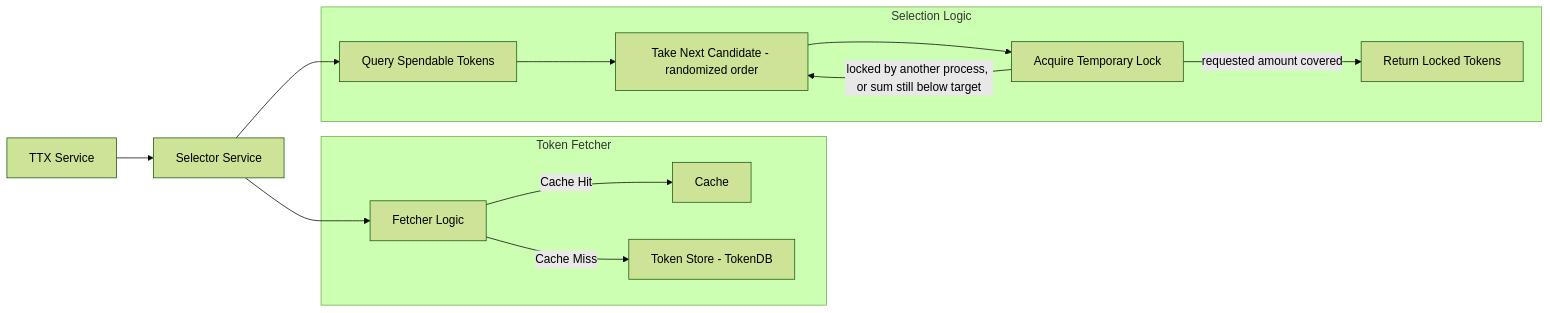
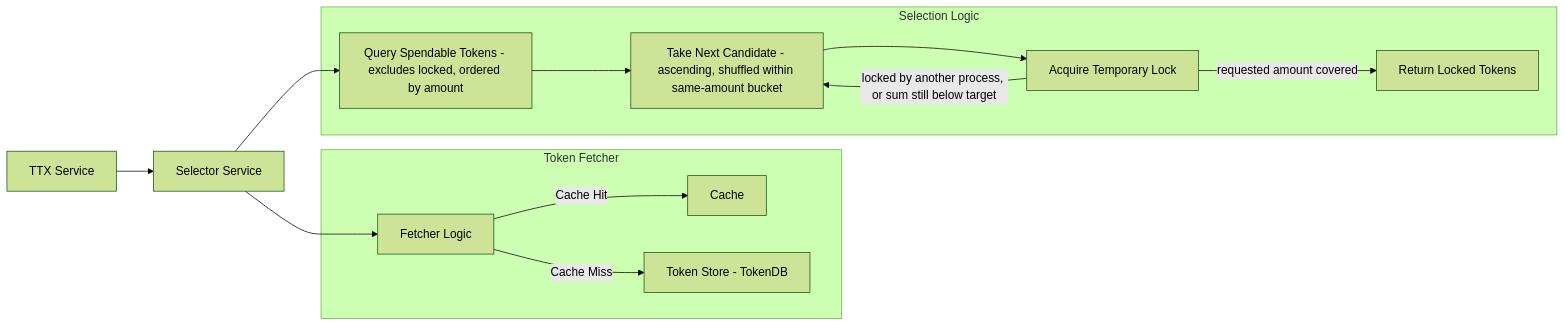
One commit to LFDT-Panurus/panurus changed the diagram in docs/services/selector.md. Above: the diagram before and after it, drawn with Mermaid (forest theme). The commit also changed other lines of this file and 13 other files, not shown here.

First line of the commit message:
feat(selector): anti-join locked tokens and order candidates by amount

````diff
--- a/docs/services/selector.md
+++ b/docs/services/selector.md
@@ -16,24 +16,24 @@
 ```mermaid
 graph LR
     TTX[TTX Service] --> Selector[Selector Service]
     
     subgraph "Token Fetcher"
         Fetcher[Fetcher Logic]
         Fetcher -->|Cache Hit| Cache[Cache]
         Fetcher -->|Cache Miss| TokenDB[Token Store - TokenDB]
     end
     
     subgraph "Selection Logic"
-        Query[Query Spendable Tokens]
-        Pick[Take Next Candidate - randomized order]
+        Query[Query Spendable Tokens - excludes locked, ordered by amount]
+        Pick[Take Next Candidate - ascending, shuffled within same-amount bucket]
         Lock[Acquire Temporary Lock]
         Done[Return Locked Tokens]
     end
     
     Selector --> Fetcher
     Selector --> Query
     Query --> Pick
     Pick --> Lock
     Lock -->|locked by another process, or sum still below target| Pick
     Lock -->|requested amount covered| Done
 ```
````
